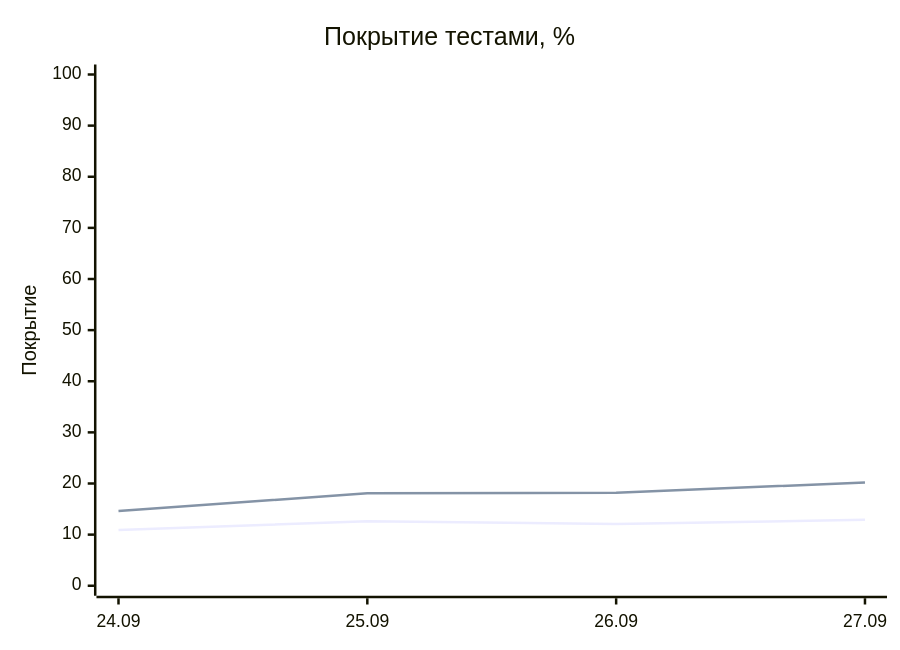
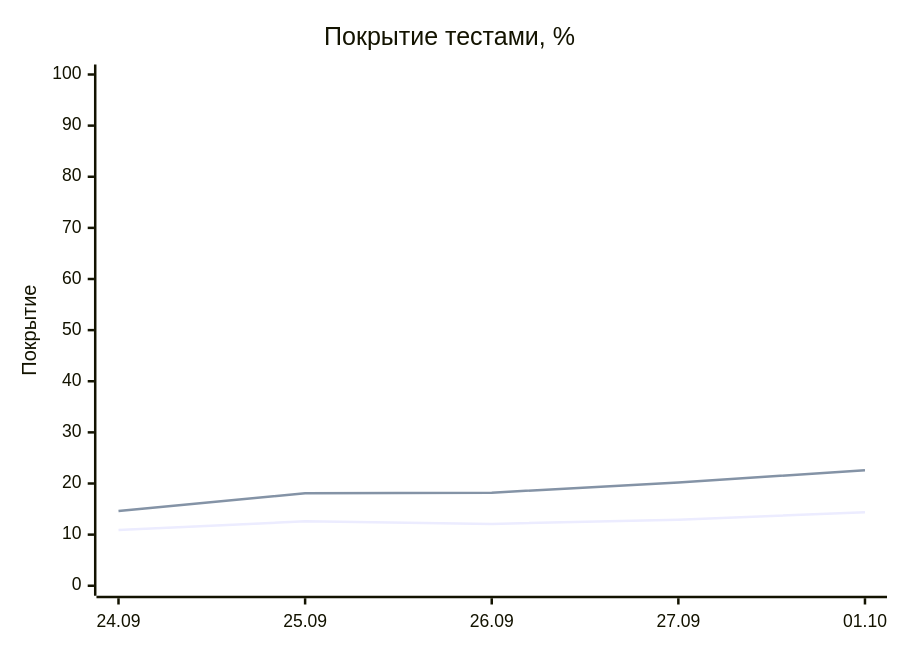
The diagram in README.md (EvgeniBondarev/coverage-report), drawn with Mermaid before and after one commit. The commit also changed other lines of this file and 2775 other files, not shown here.

````diff
--- a/README.md
+++ b/README.md
@@ -19,8 +19,8 @@
 ```mermaid
 xychart-beta
     title "Покрытие тестами, %"
-    x-axis ["24.09", "25.09", "26.09", "27.09"]
+    x-axis ["24.09", "25.09", "26.09", "27.09", "01.10"]
     y-axis "Покрытие" 0 --> 100
-    line [10.9, 12.6, 12.1, 12.9]
-    line [14.6, 18.1, 18.2, 20.2]
+    line [10.9, 12.6, 12.1, 12.9, 14.4]
+    line [14.6, 18.1, 18.2, 20.2, 22.6]
 ```
````
